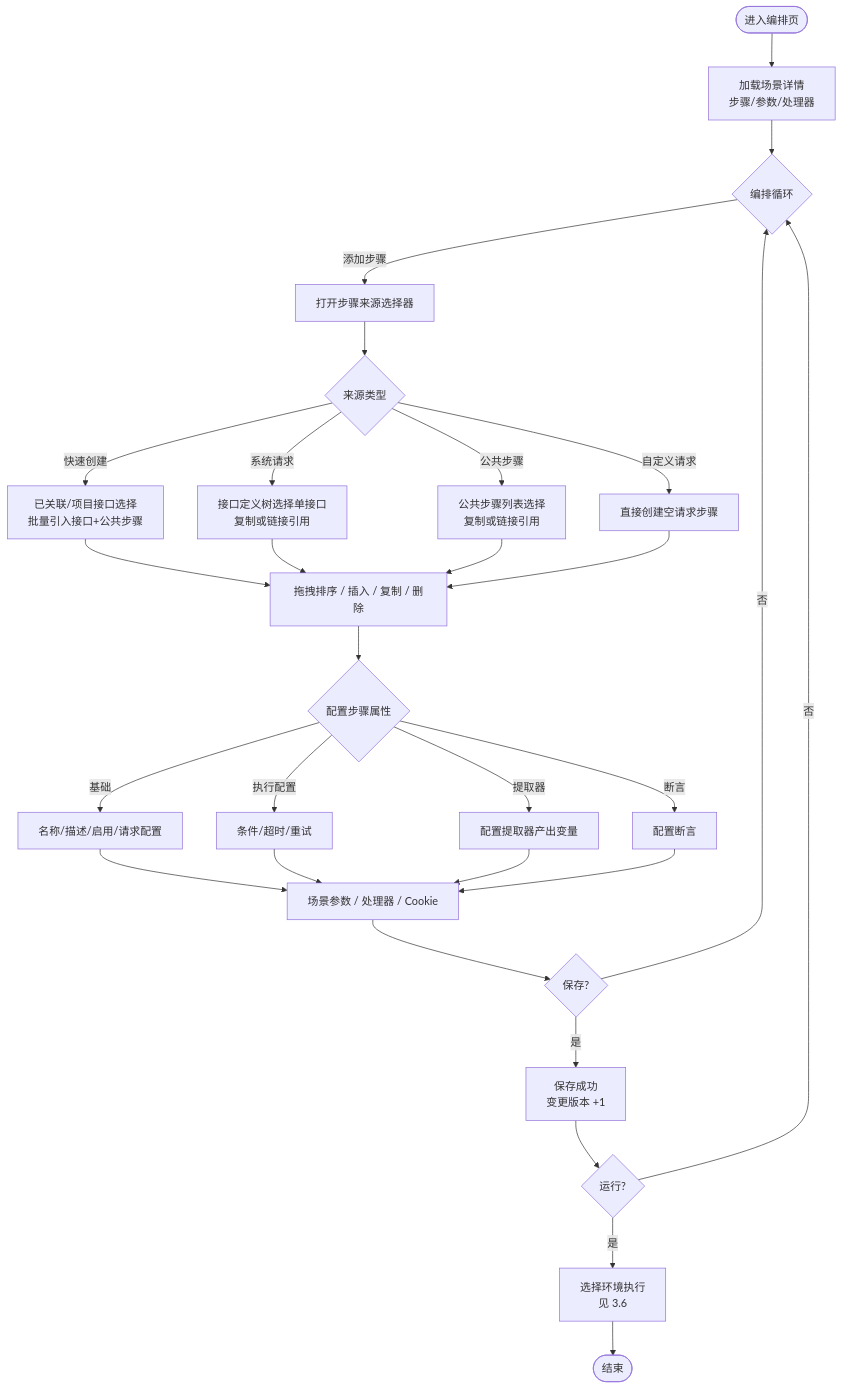
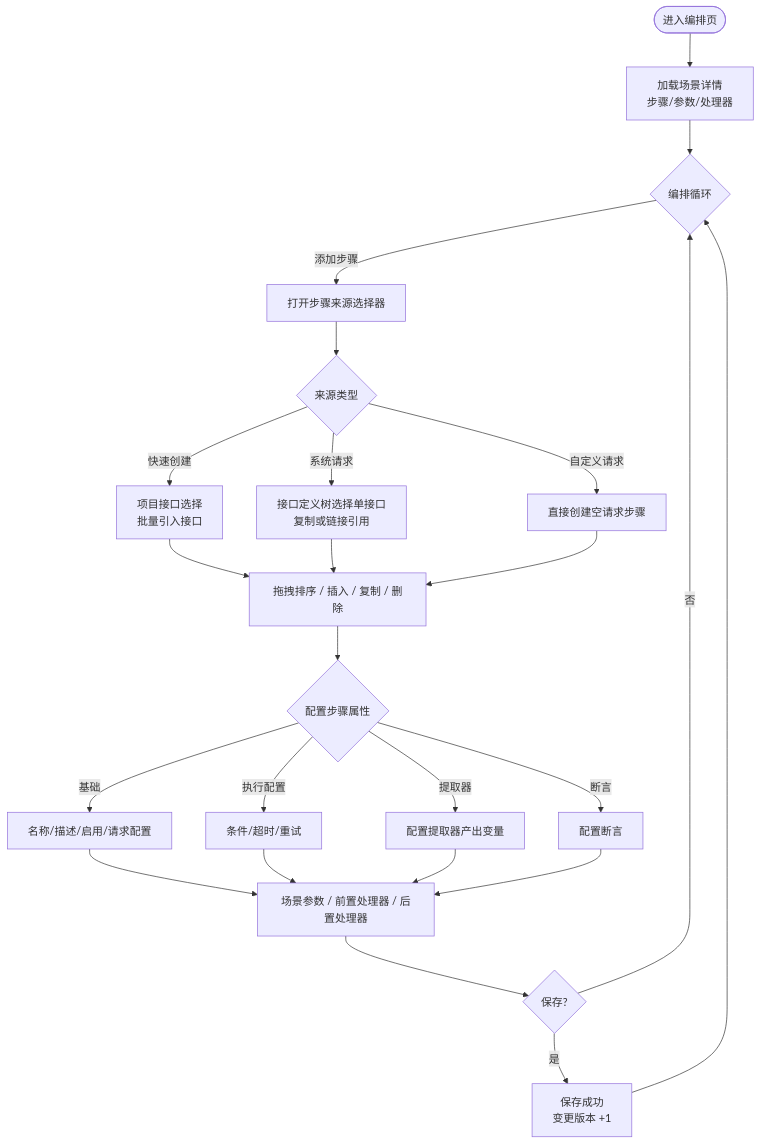
One commit to XiaoMiSum/robotest changed the diagram in docs/交互设计/测试场景交互设计.md. Above: the diagram before and after it, drawn with Mermaid. The commit also changed other lines of this file and 1 other file, not shown here.

````diff
--- a/docs/交互设计/测试场景交互设计.md
+++ b/docs/交互设计/测试场景交互设计.md
@@ -315,31 +290,26 @@
 ```mermaid
 flowchart TB
     Start([进入编排页]) --> Load[加载场景详情<br/>步骤/参数/处理器]
     Load --> Loop{编排循环}
     Loop -->|添加步骤| Add[打开步骤来源选择器]
     Add --> Src{来源类型}
-    Src -->|快速创建| Quick[已关联/项目接口选择<br/>批量引入接口+公共步骤]
+    Src -->|快速创建| Quick[项目接口选择<br/>批量引入接口]
     Src -->|系统请求| Sys[接口定义树选择单接口<br/>复制或链接引用]
-    Src -->|公共步骤| Pub[公共步骤列表选择<br/>复制或链接引用]
     Src -->|自定义请求| Custom[直接创建空请求步骤]
     Quick --> Sort
     Sys --> Sort
-    Pub --> Sort
     Custom --> Sort
     Sort[拖拽排序 / 插入 / 复制 / 删除] --> Conf{配置步骤属性}
     Conf -->|基础| Basic[名称/描述/启用/请求配置]
     Conf -->|执行配置| Exec[条件/超时/重试]
     Conf -->|提取器| Ext[配置提取器产出变量]
     Conf -->|断言| Assert[配置断言]
     Basic --> Param{场景级配置}
     Exec --> Param
     Ext --> Param
     Assert --> Param
-    Param[场景参数 / 处理器 / Cookie] --> Save{保存?}
+    Param[场景参数 / 前置处理器 / 后置处理器] --> Save{保存?}
     Save -->|是| Saved[保存成功<br/>变更版本 +1]
     Save -->|否| Loop
-    Saved --> Run{运行?}
-    Run -->|是| Exec2[选择环境执行<br/>见 3.6]
-    Run -->|否| Loop
-    Exec2 --> Done([结束])
+    Saved --> Loop
 ```
````
